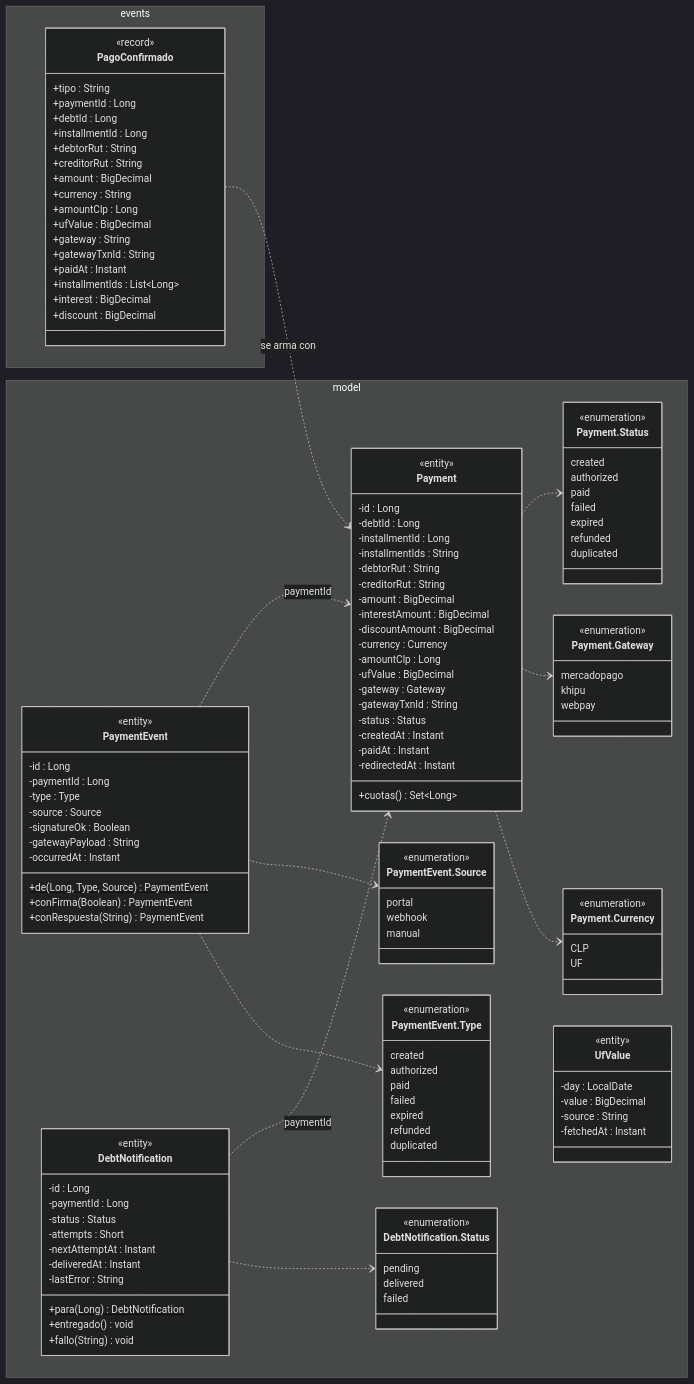
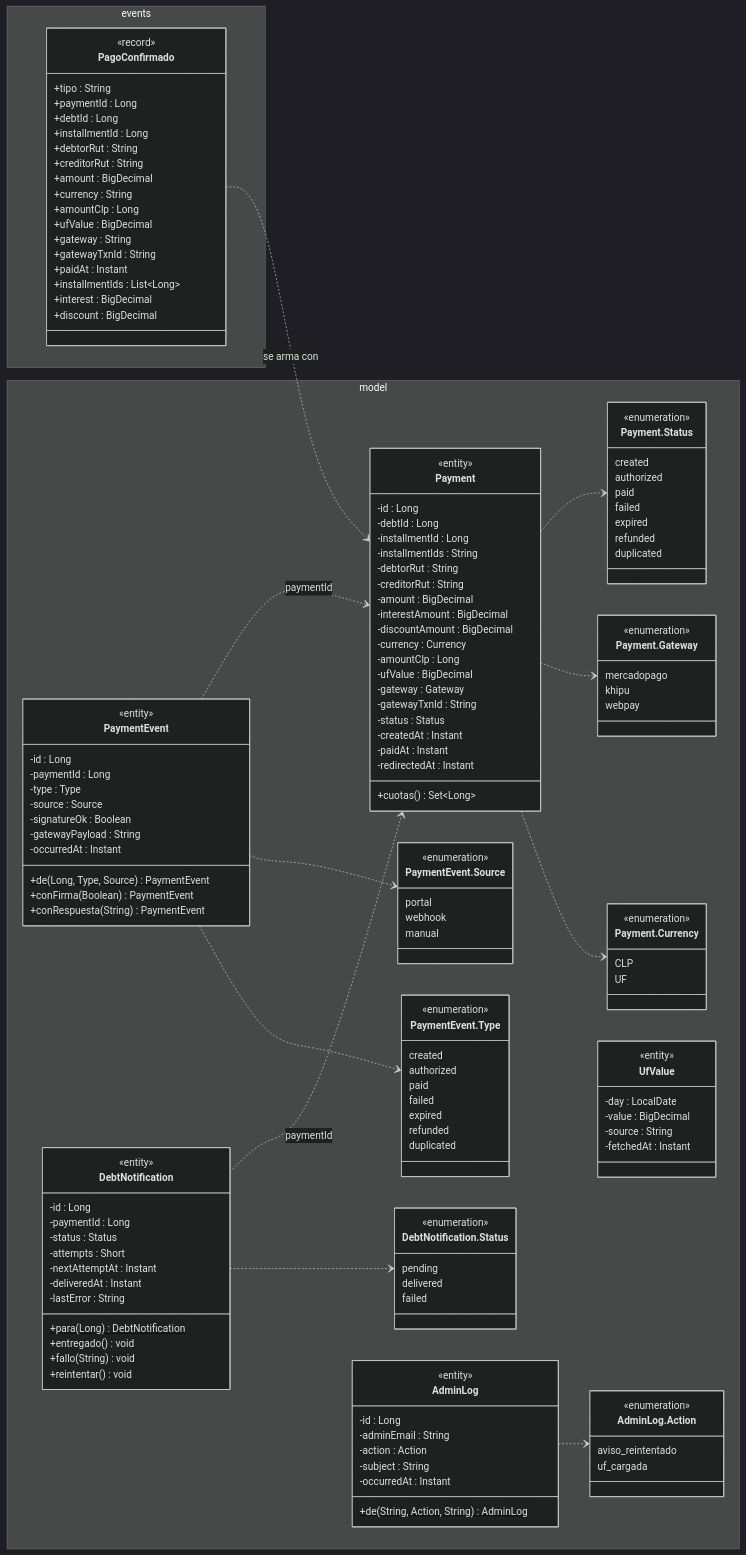
Before and after one commit to TechnicalBridge/DataBridge: diagram 13 of 18 in docs/diagramas/clases.md, drawn with Mermaid (dark theme). The commit also changed other lines of this file and 31 other files, not shown here.

```diff
--- a/docs/diagramas/clases.md
+++ b/docs/diagramas/clases.md
@@ -2409,6 +2435,7 @@
             +para(Long)$ DebtNotification
             +entregado() void
             +fallo(String) void
+            +reintentar() void
         }
         class DebtNotification_Status["DebtNotification.Status"] {
             <<enumeration>>
@@ -2422,6 +2449,20 @@
             -value : BigDecimal
             -source : String
             -fetchedAt : Instant
+        }
+        class AdminLog {
+            <<entity>>
+            -id : Long
+            -adminEmail : String
+            -action : Action
+            -subject : String
+            -occurredAt : Instant
+            +de(String, Action, String)$ AdminLog
+        }
+        class AdminLog_Action["AdminLog.Action"] {
+            <<enumeration>>
+            aviso_reintentado
+            uf_cargada
         }
     }
     namespace events {
@@ -2451,6 +2492,7 @@
     PaymentEvent ..> PaymentEvent_Type
     PaymentEvent ..> PaymentEvent_Source
     DebtNotification ..> DebtNotification_Status
+    AdminLog ..> AdminLog_Action
     PaymentEvent ..> Payment : paymentId
     DebtNotification ..> Payment : paymentId
     PagoConfirmado ..> Payment : se arma con
```
